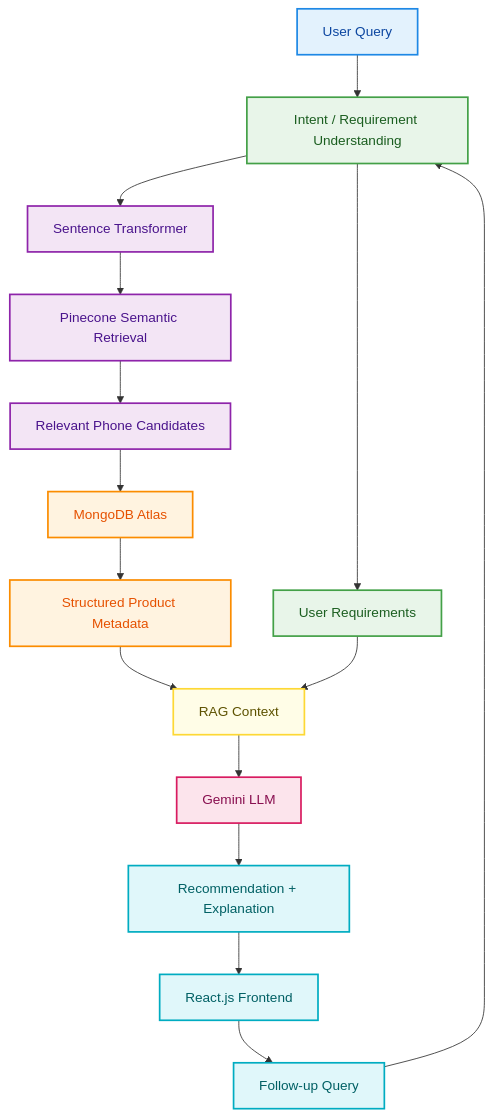
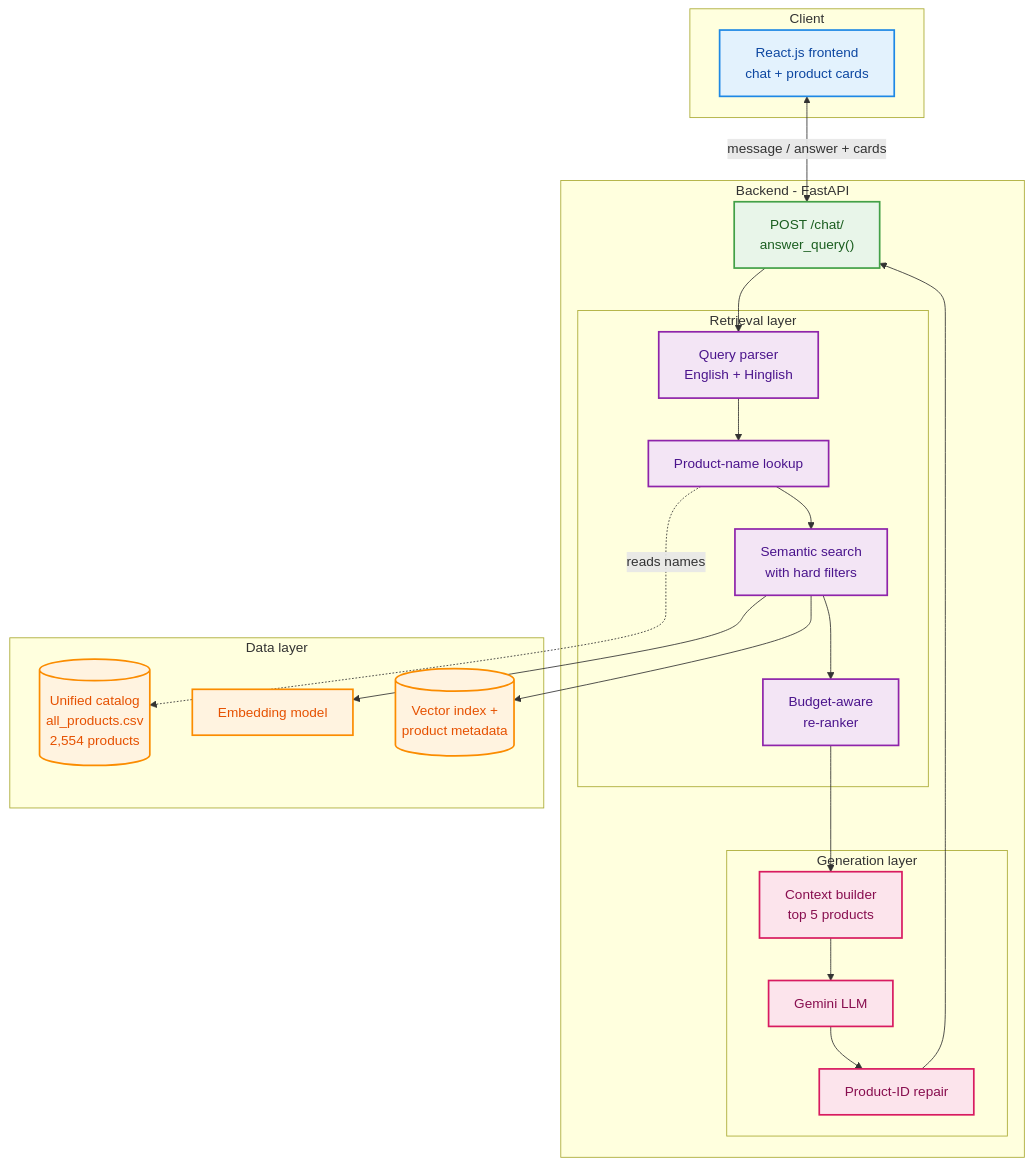
The first of 5 diagrams in README.md (Veenashree22533/final_year), drawn with Mermaid before and after one commit. The commit also changed other lines of this file, not shown here.

````diff
--- a/README.md
+++ b/README.md
@@ -33,33 +37,55 @@
 ```mermaid
-flowchart TD
-    A[User Query] --> B[Intent / Requirement Understanding]
-    B --> C[Sentence Transformer]
-    C --> D[Pinecone Semantic Retrieval]
-    D --> E[Relevant Phone Candidates]
-    E --> F[MongoDB Atlas]
-    F --> G[Structured Product Metadata]
-    B --> H[User Requirements]
-    G --> I[RAG Context]
-    H --> I
-    I --> J[Gemini LLM]
-    J --> K[Recommendation + Explanation]
-    K --> L[React.js Frontend]
-    L --> M[Follow-up Query]
-    M --> B
+flowchart TB
+    subgraph CLIENT["Client"]
+        UI["React.js frontend<br/>chat + product cards"]
+    end
 
-    classDef input fill:#E3F2FD,stroke:#1E88E5,stroke-width:2px,color:#0D47A1;
-    classDef intent fill:#E8F5E9,stroke:#43A047,stroke-width:2px,color:#1B5E20;
-    classDef retrieval fill:#F3E5F5,stroke:#8E24AA,stroke-width:2px,color:#4A148C;
+    subgraph SERVER["Backend - FastAPI"]
+        EP["POST /chat/<br/>answer_query()"]
+
+        subgraph RETR["Retrieval layer"]
+            QP["Query parser<br/>English + Hinglish"]
+            NL["Product-name lookup"]
+            SS["Semantic search<br/>with hard filters"]
+            RR["Budget-aware<br/>re-ranker"]
+        end
+
+        subgraph GEN["Generation layer"]
+            CB["Context builder<br/>top 5 products"]
+            LLM["Gemini LLM"]
+            IDR["Product-ID repair"]
+        end
+    end
+
+    subgraph DATA["Data layer"]
+        CAT[("Unified catalog<br/>all_products.csv<br/>2,554 products")]
+        EMB["Embedding model"]
+        VEC[("Vector index +<br/>product metadata")]
+    end
+
+    UI <-->|"message / answer + cards"| EP
+    EP --> QP
+    QP --> NL
+    NL --> SS
+    SS --> RR
+    RR --> CB
+    CB --> LLM
+    LLM --> IDR
+    IDR --> EP
+
+    NL -.->|"reads names"| CAT
+    SS --> EMB
+    SS --> VEC
+
+    classDef client fill:#E3F2FD,stroke:#1E88E5,stroke-width:2px,color:#0D47A1;
+    classDef retr fill:#F3E5F5,stroke:#8E24AA,stroke-width:2px,color:#4A148C;
+    classDef gen fill:#FCE4EC,stroke:#D81B60,stroke-width:2px,color:#880E4F;
     classDef data fill:#FFF3E0,stroke:#FB8C00,stroke-width:2px,color:#E65100;
-    classDef rag fill:#FFFDE7,stroke:#FDD835,stroke-width:2px,color:#5D5200;
-    classDef llm fill:#FCE4EC,stroke:#D81B60,stroke-width:2px,color:#880E4F;
-    classDef output fill:#E0F7FA,stroke:#00ACC1,stroke-width:2px,color:#006064;
+    classDef api fill:#E8F5E9,stroke:#43A047,stroke-width:2px,color:#1B5E20;
 
-    class A input;
-    class B,H intent;
-    class C,D,E retrieval;
-    class F,G data;
-    class I rag;
-    class J llm;
-    class K,L,M output;
+    class UI client;
+    class EP api;
+    class QP,NL,SS,RR retr;
+    class CB,LLM,IDR gen;
+    class CAT,EMB,VEC data;
 ```
````
